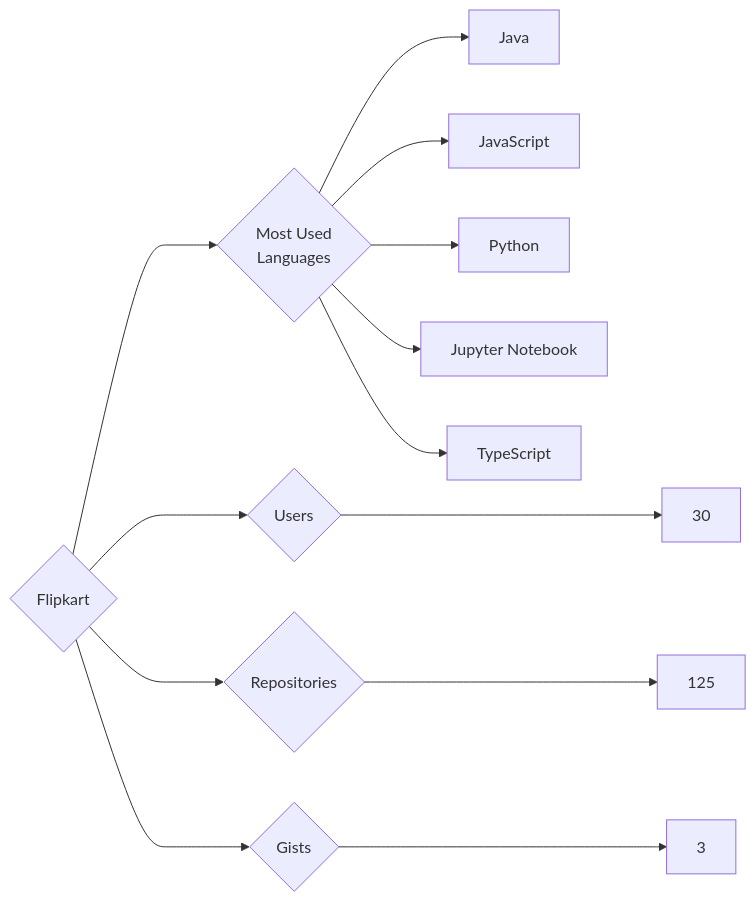
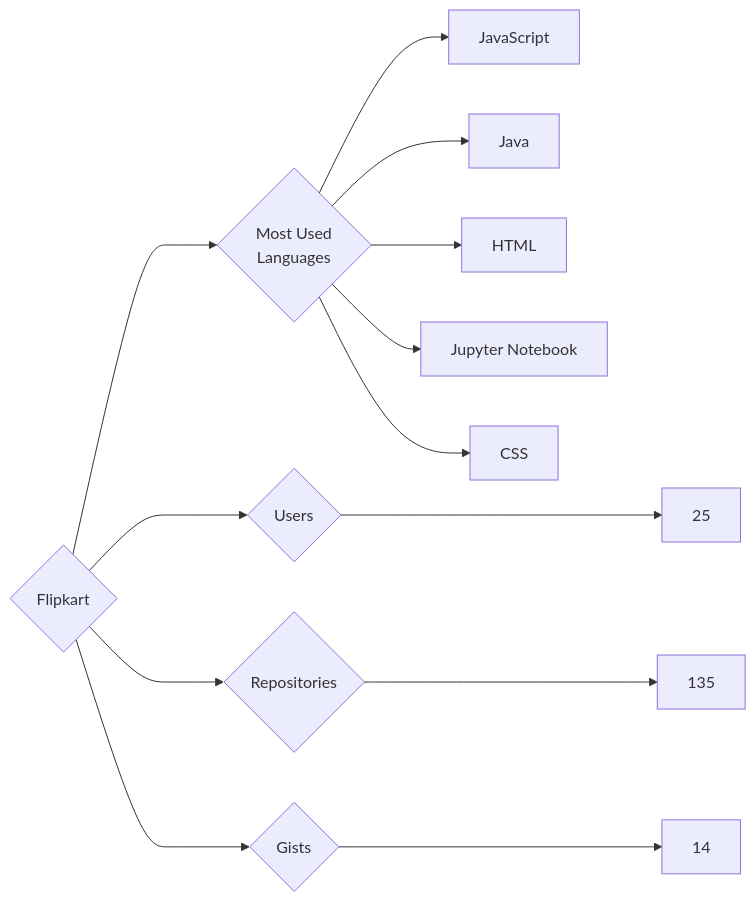
The diagram in targets/Flipkart/README.md (trickest/insiders), drawn with Mermaid before and after one commit. The commit also changed 681 other files, not shown here.

````diff
--- a/targets/Flipkart/README.md
+++ b/targets/Flipkart/README.md
@@ -3,13 +3,13 @@
 ```mermaid
 graph LR
 COMPANY_NAME{Flipkart}
-COMPANY_NAME ---> U{Users} ---> UN[30]
-COMPANY_NAME ---> R{Repositories} ---> RN[125]
-COMPANY_NAME ---> G{Gists} ---> GN[3]
+COMPANY_NAME ---> U{Users} ---> UN[25]
+COMPANY_NAME ---> R{Repositories} ---> RN[135]
+COMPANY_NAME ---> G{Gists} ---> GN[14]
 COMPANY_NAME ---> ML{Most Used<br>Languages}
+ML --> JavaScript[JavaScript]
 ML --> Java[Java]
-ML --> JavaScript[JavaScript]
-ML --> Python[Python]
+ML --> HTML[HTML]
 ML --> Jupyter_Notebook[Jupyter Notebook]
-ML --> TypeScript[TypeScript]
+ML --> CSS[CSS]
 ```
````
